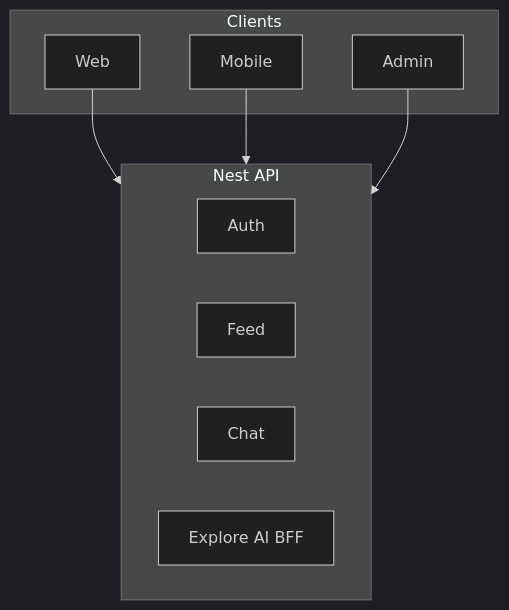
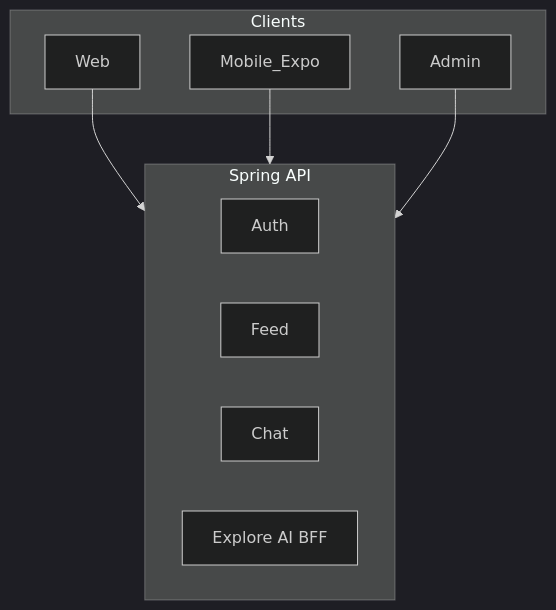
One commit to felixzhu97/explore changed the diagram in explore-chat/docs/Glossary.md. Above: the diagram before and after it, drawn with Mermaid (dark theme). The commit also changed other lines of this file and 3 other files, not shown here.

````diff
--- a/explore-chat/docs/Glossary.md
+++ b/explore-chat/docs/Glossary.md
@@ -50,17 +50,17 @@
 ```mermaid
 flowchart TB
   subgraph clients [Clients]
     Web[Web]
-    Mobile[Mobile]
+    Mobile[Mobile_Expo]
     AdminApp[Admin]
   end
-  subgraph api [Nest API]
+  subgraph api [Spring API]
     Auth
     Feed
     Chat
     ExploreBFF[Explore AI BFF]
   end
   Web --> api
   Mobile --> api
   AdminApp --> api
 ```
````
